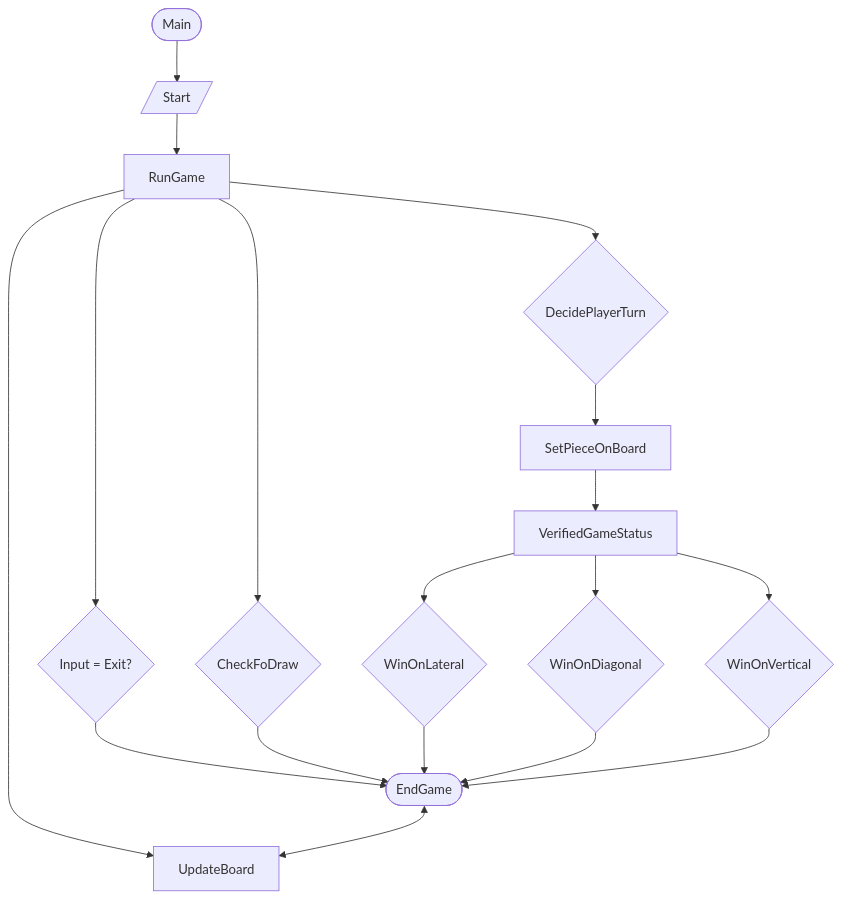
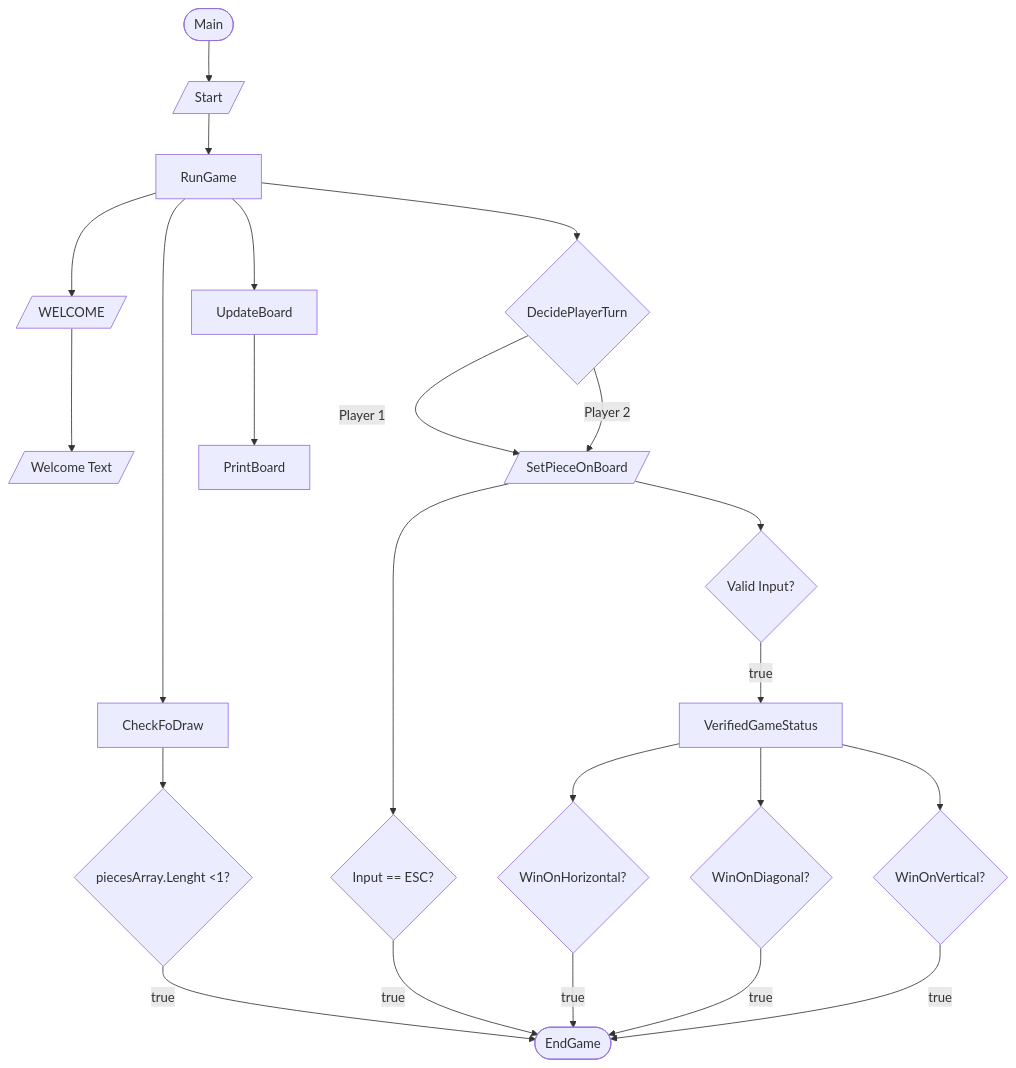
One commit to bryanb619/GaloDaVelha changed the diagram in README.md. Above: the diagram before and after it, drawn with Mermaid. The commit also changed other lines of this file, not shown here.

Commit message:
Update Readme: UML, formated mermaid code & Algorithm logic

````diff
--- a/README.md
+++ b/README.md
@@ -70,31 +96,40 @@
 ```mermaid
 graph TD
 
-  A([Main]) --> B[/"Start"/];
-  B         --> C[RunGame];
-
-  C         --> EXIT{Input = Exit?}
-  EXIT      --> Z([EndGame])
-
-  C         --> D{CheckFoDraw};
-  C         --> E[UpdateBoard];
-  C         --> F{DecidePlayerTurn};
-
-  D         --> Z([EndGame])
-
-  F         --> G[SetPieceOnBoard];
-  G         --> H[VerifiedGameStatus];
-
-  H         --> I{WinOnLateral};
-  H         --> K{WinOnDiagonal};
-  H         --> L{WinOnVertical}
-
-  I         --> Z([EndGame])
-  K         --> Z([EndGame])
-  L         --> Z([EndGame])
-
-  Z         <-->E[UpdateBoard]
+  A([Main])   --> B[/"Start"/];
+  B           --> C[RunGame];
 
 
+  C             --> WEL[/"WELCOME"/];
+  WEL           --> PrintWelcomeText[/"Welcome Text"/];
+  C             --> D[CheckFoDraw];
+  C             --> E[UpdateBoard];
+  C             --> F{DecidePlayerTurn};
+
+  D             --> Draw{"piecesArray.Lenght <1"?}
+  Draw  -- true --> Z
+
+
+  F -- Player 1 --> Set[/SetPieceOnBoard/]
+  F -- Player 2 --> Set
+
+
+  Set           --> EXIT{"Input == ESC?"}
+  Set           --> Input{"Valid Input?"}
+  Input -- true --> Ver["VerifiedGameStatus"]
+
+  EXIT  -- true --> Z
+
+  E             --> PrintBoard
+
+  Ver           --> I{WinOnHorizontal?};
+  Ver           --> K{WinOnDiagonal?};
+  Ver           --> L{WinOnVertical?}
+
+  I     -- true --> Z([EndGame])
+  K     -- true --> Z([EndGame])
+  L     -- true --> Z([EndGame])
+
+ 
 
 ```
````
